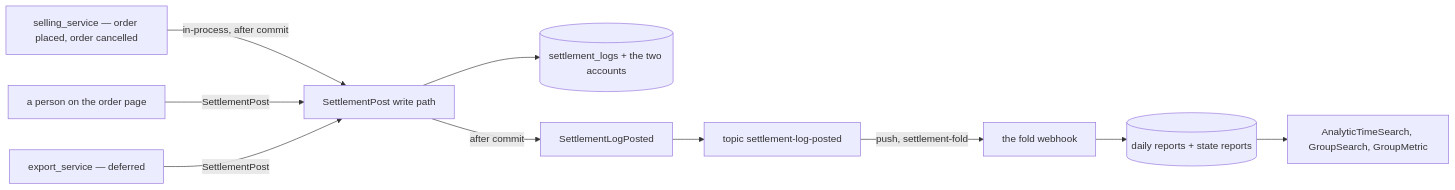
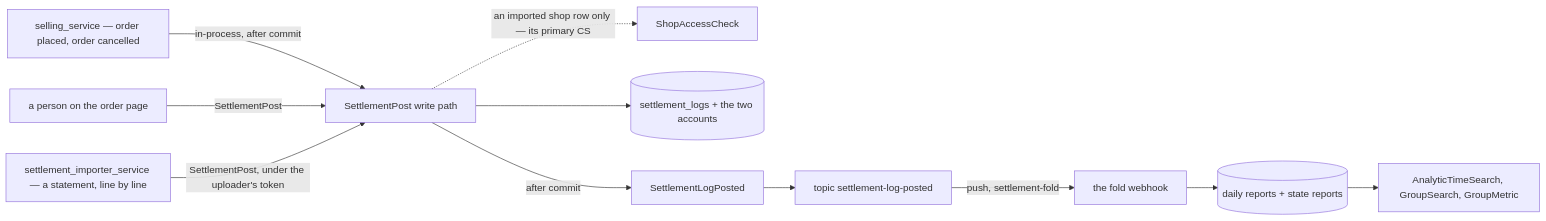
One commit to pdcgo/warehouse_revamp changed the first of 6 diagrams in docs/services/settlement_service/rpc.md. Above: the diagram before and after it, drawn with Mermaid. The commit also changed other lines of this file and 46 other files, not shown here.

````diff
--- a/docs/services/settlement_service/rpc.md
+++ b/docs/services/settlement_service/rpc.md
@@ -25,12 +25,13 @@
 ```mermaid
 flowchart LR
   O["selling_service — order placed, order cancelled"] -->|"in-process, after commit"| W["SettlementPost write path"]
   P["a person on the order page"] -->|"SettlementPost"| W
-  X["export_service — deferred"] -->|"SettlementPost"| W
+  X["settlement_importer_service — a statement, line by line"] -->|"SettlementPost, under the uploader's token"| W
+  W -.->|"an imported shop row only — its primary CS"| SH["ShopAccessCheck"]
   W --> L[("settlement_logs + the two accounts")]
   W -->|"after commit"| E["SettlementLogPosted"]
   E --> T["topic settlement-log-posted"]
   T -->|"push, settlement-fold"| F["the fold webhook"]
   F --> R[("daily reports + state reports")]
   R --> A["AnalyticTimeSearch, GroupSearch, GroupMetric"]
 ```
````
